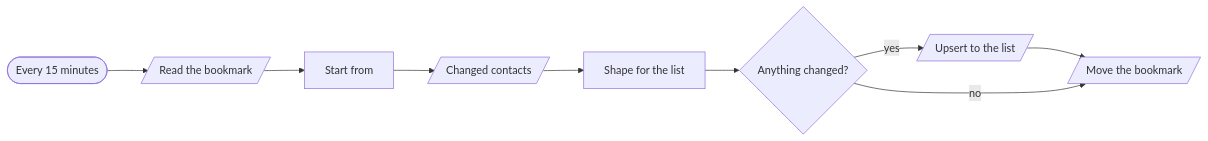
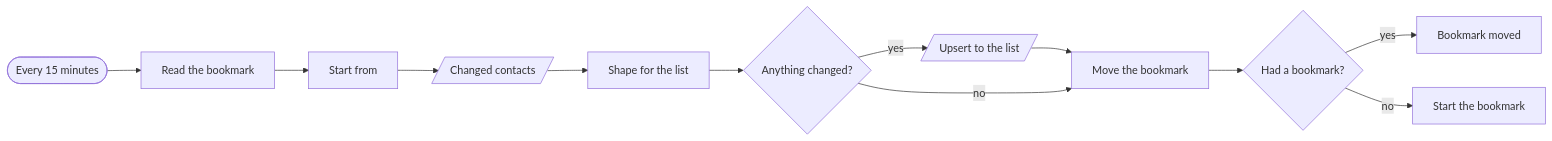
One commit to kimjoshuadr/n8n-workflows changed the third of 4 diagrams in workflows/operations/README.md. Above: the diagram before and after it, drawn with Mermaid. The commit also changed other lines of this file and 184 other files, not shown here.

Commit message:
Finish the move to named platforms: blocks, BambooHR, generated README, schema and platform marks

````diff
--- a/workflows/operations/README.md
+++ b/workflows/operations/README.md
@@ -104,19 +100,25 @@
 ```mermaid
 flowchart LR
   n1cdh6b3(["Every 15 minutes"])
-  n1a7rdoo[/"Read the bookmark"/]
+  n1a7rdoo["Read the bookmark"]
   nb1oy6n["Start from"]
   nxysr52[/"Changed contacts"/]
   n15spuy["Shape for the list"]
   n1jg6qaq{"Anything changed?"}
   n1gxbjs8[/"Upsert to the list"/]
-  n9xotyl[/"Move the bookmark"/]
+  n9xotyl["Move the bookmark"]
+  n15666cu{"Had a bookmark?"}
+  n1s5uh62["Start the bookmark"]
+  nxltlio["Bookmark moved"]
   n1cdh6b3 --> n1a7rdoo
   n1a7rdoo --> nb1oy6n
   nb1oy6n --> nxysr52
   nxysr52 --> n15spuy
   n15spuy --> n1jg6qaq
   n1jg6qaq -->|yes| n1gxbjs8
   n1gxbjs8 --> n9xotyl
+  n9xotyl --> n15666cu
+  n15666cu -->|yes| nxltlio
+  n15666cu -->|no| n1s5uh62
   n1jg6qaq -->|no| n9xotyl
 ```
````
